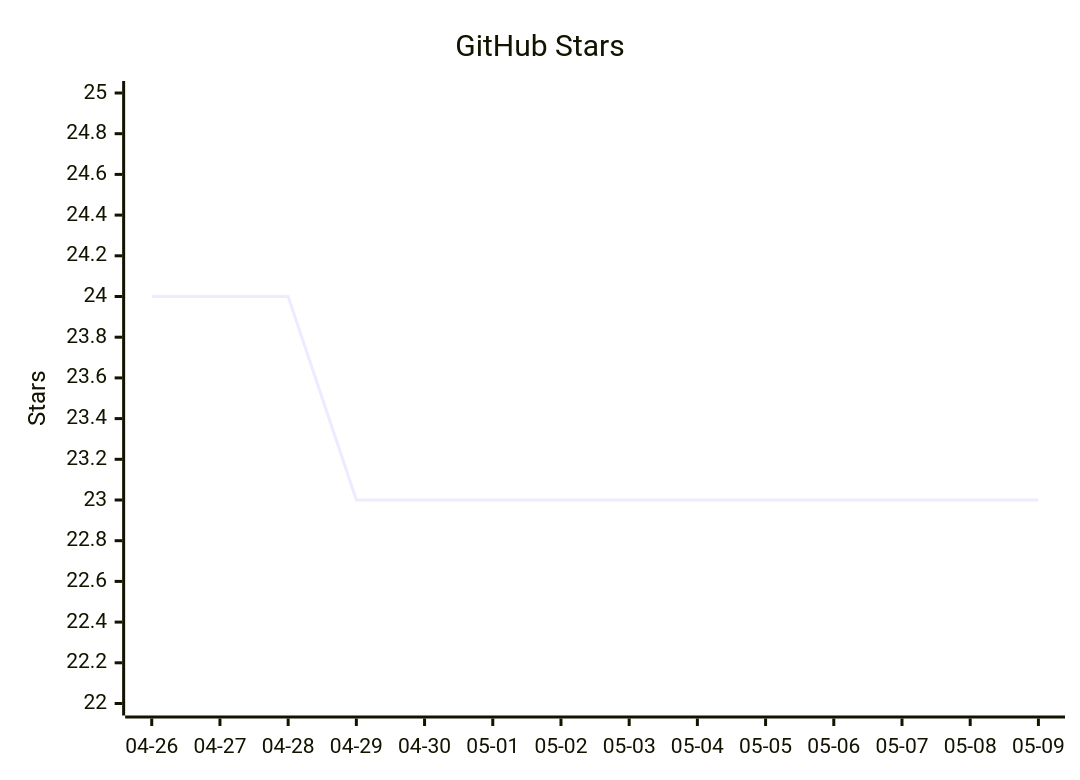
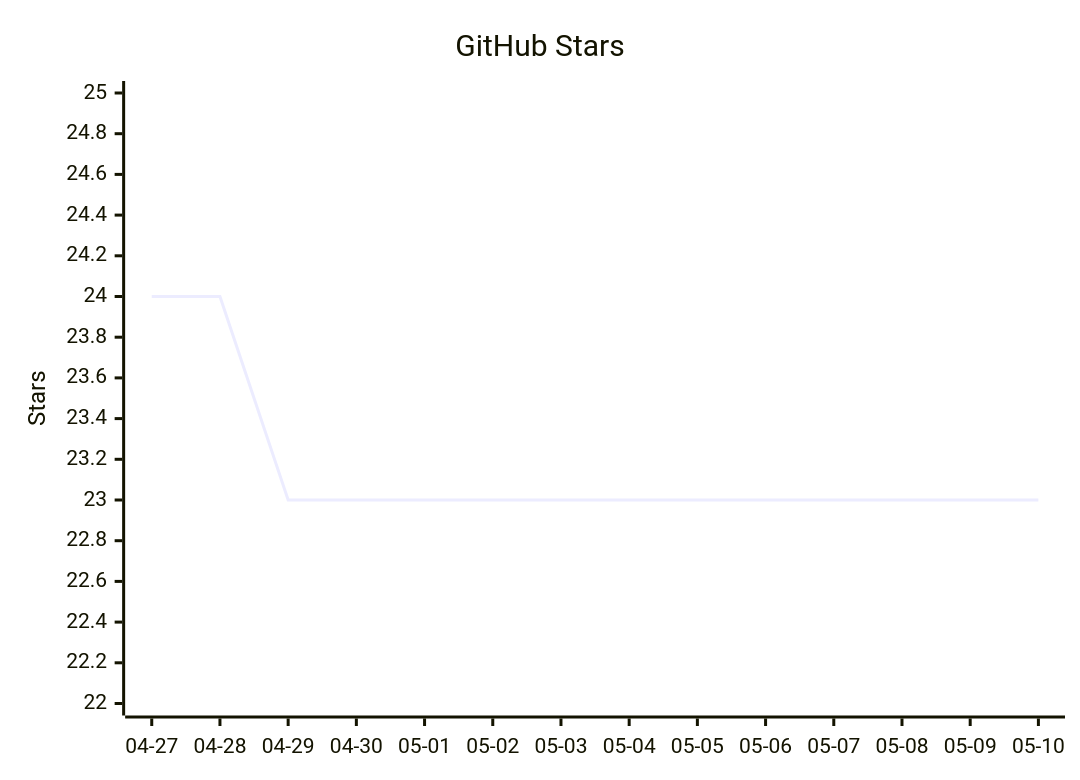
One commit to vectie/moonclaw changed the diagram in README.mbt.md. Above: the diagram before and after it, drawn with Mermaid. The commit also changed other lines of this file and 1 other file, not shown here.

Commit message:
Update README star growth

````diff
--- a/README.mbt.md
+++ b/README.mbt.md
@@ -489,7 +489,7 @@
 ```mermaid
 xychart-beta
     title "GitHub Stars"
-    x-axis ["04-26","04-27","04-28","04-29","04-30","05-01","05-02","05-03","05-04","05-05","05-06","05-07","05-08","05-09"]
+    x-axis ["04-27","04-28","04-29","04-30","05-01","05-02","05-03","05-04","05-05","05-06","05-07","05-08","05-09","05-10"]
     y-axis "Stars" 22 --> 25
-    line [24,24,24,23,23,23,23,23,23,23,23,23,23,23]
+    line [24,24,23,23,23,23,23,23,23,23,23,23,23,23]
 ```
````
